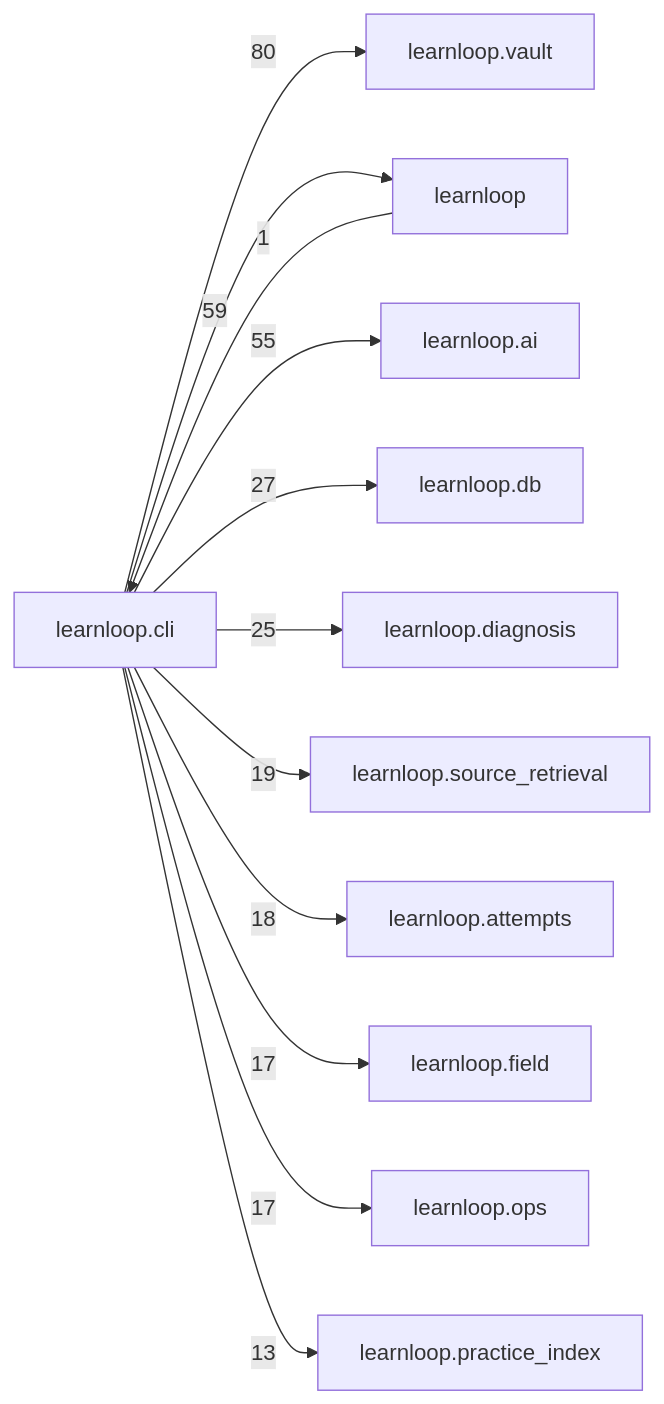
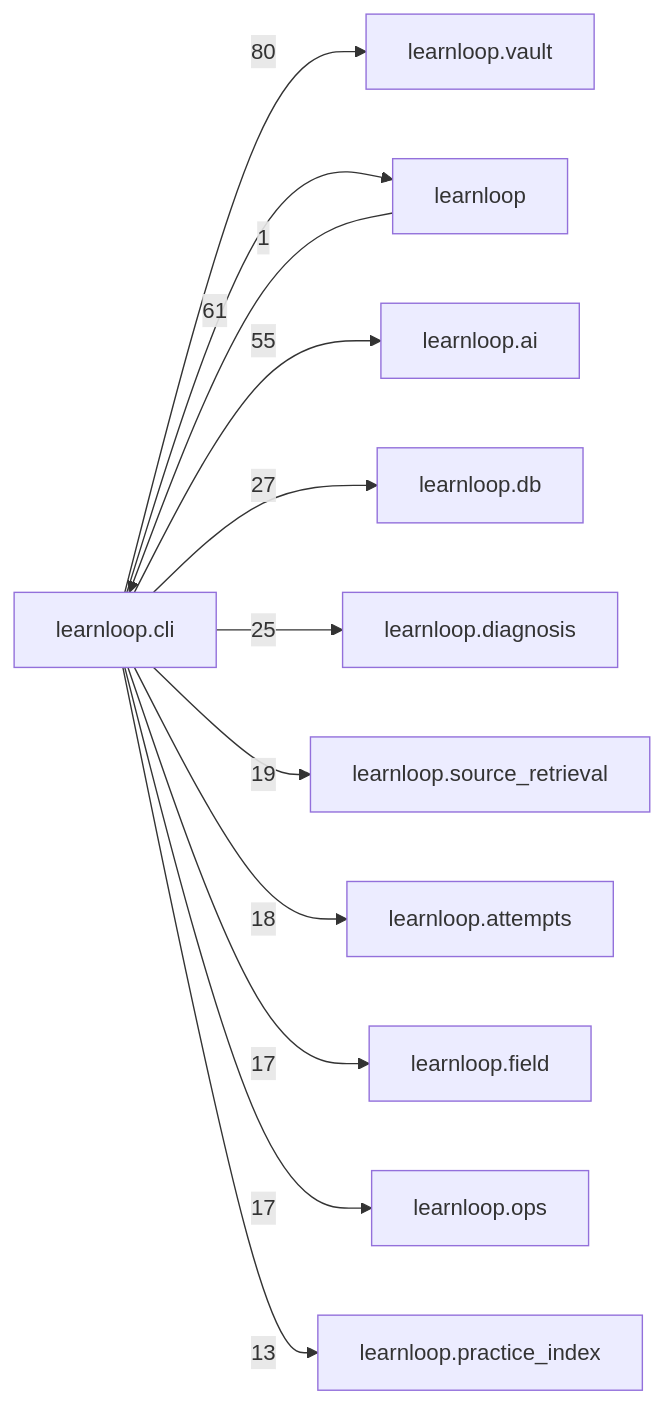
One commit to 6up-b/learnanything changed the diagram in docs/learnloop-architecture-vault/Reference/Modules/learnloop/cli/_package.md. Above: the diagram before and after it, drawn with Mermaid. The commit also changed other lines of this file and 550 other files, not shown here.

````diff
--- a/docs/learnloop-architecture-vault/Reference/Modules/learnloop/cli/_package.md
+++ b/docs/learnloop-architecture-vault/Reference/Modules/learnloop/cli/_package.md
@@ -229,25 +229,25 @@
 ```mermaid
 flowchart LR
     center["learnloop.cli"]
     n_learnloop_vault["learnloop.vault"]
     n_learnloop["learnloop"]
     n_learnloop_ai["learnloop.ai"]
     n_learnloop_db["learnloop.db"]
     n_learnloop_diagnosis["learnloop.diagnosis"]
     n_learnloop_source_retrieval["learnloop.source_retrieval"]
     n_learnloop_attempts["learnloop.attempts"]
     n_learnloop_field["learnloop.field"]
     n_learnloop_ops["learnloop.ops"]
     n_learnloop_practice_index["learnloop.practice_index"]
     center -->|80| n_learnloop_vault
     n_learnloop -->|1| center
-    center -->|59| n_learnloop
+    center -->|61| n_learnloop
     center -->|55| n_learnloop_ai
     center -->|27| n_learnloop_db
     center -->|25| n_learnloop_diagnosis
     center -->|19| n_learnloop_source_retrieval
     center -->|18| n_learnloop_attempts
     center -->|17| n_learnloop_field
     center -->|17| n_learnloop_ops
     center -->|13| n_learnloop_practice_index
 ```
````
